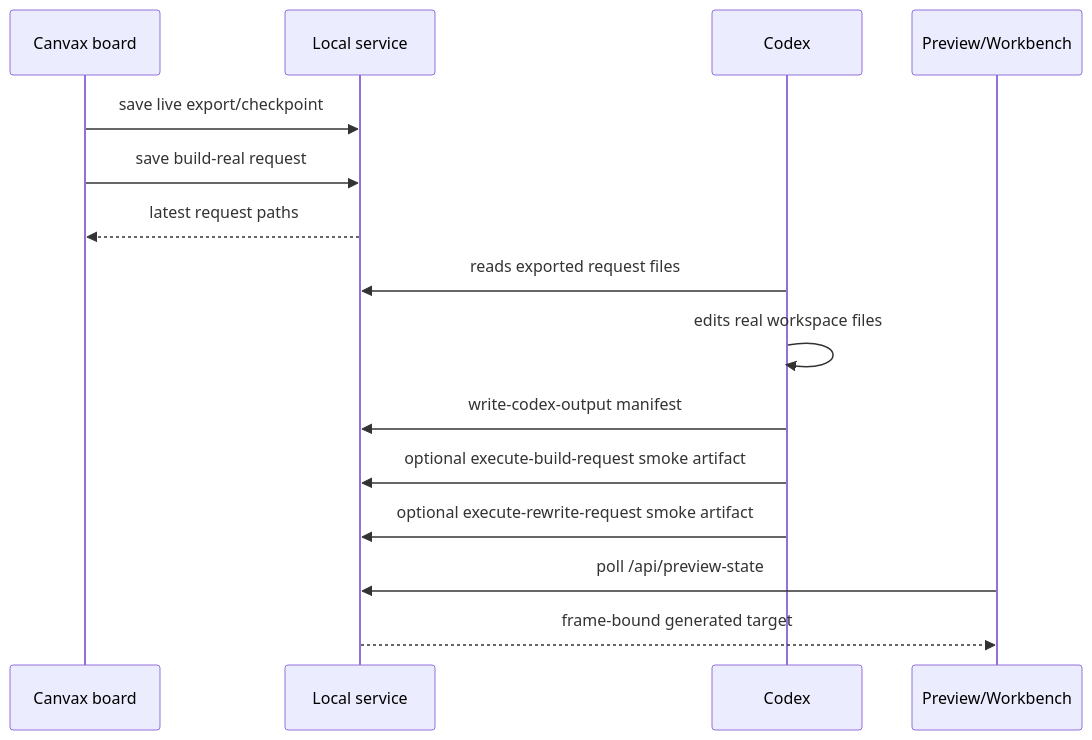
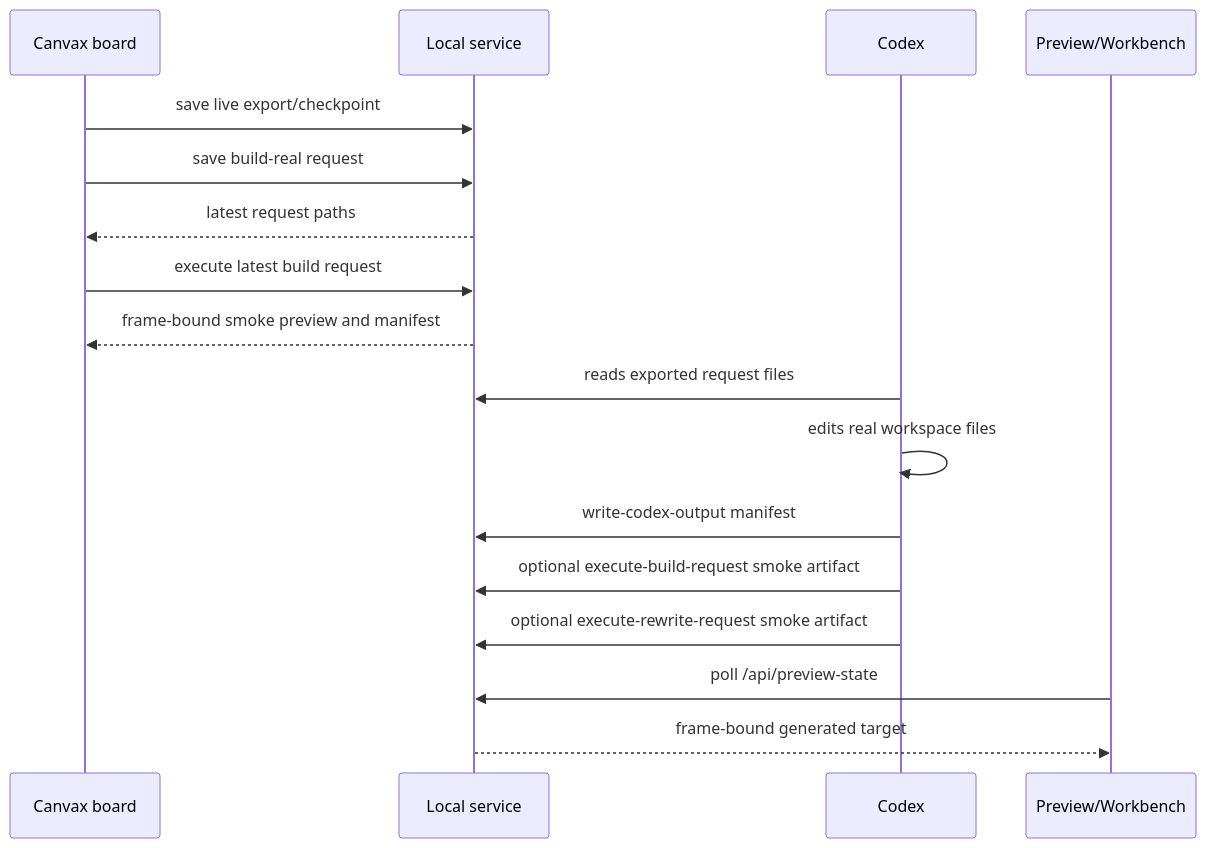
One commit to varshneydevansh/Canvax changed the fourth of 5 diagrams in docs/DEVELOPMENT.md. Above: the diagram before and after it, drawn with Mermaid. The commit also changed other lines of this file and 10 other files, not shown here.

Commit message:
feat: execute build requests from board

````diff
--- a/docs/DEVELOPMENT.md
+++ b/docs/DEVELOPMENT.md
@@ -219,18 +225,20 @@
 ```mermaid
 sequenceDiagram
     participant Board as Canvax board
     participant Service as Local service
     participant Codex as Codex
     participant Preview as Preview/Workbench
 
     Board->>Service: save live export/checkpoint
     Board->>Service: save build-real request
     Service-->>Board: latest request paths
+    Board->>Service: execute latest build request
+    Service-->>Board: frame-bound smoke preview and manifest
     Codex->>Service: reads exported request files
     Codex->>Codex: edits real workspace files
     Codex->>Service: write-codex-output manifest
     Codex->>Service: optional execute-build-request smoke artifact
     Codex->>Service: optional execute-rewrite-request smoke artifact
     Preview->>Service: poll /api/preview-state
     Service-->>Preview: frame-bound generated target
 ```
````
